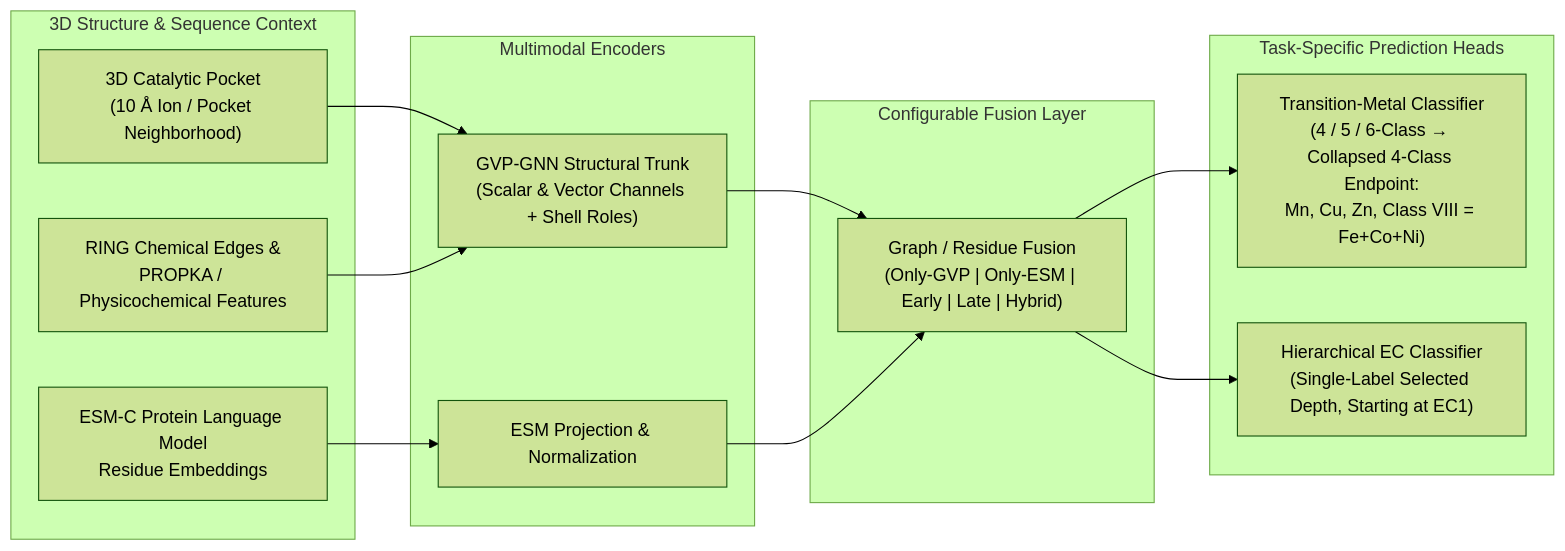
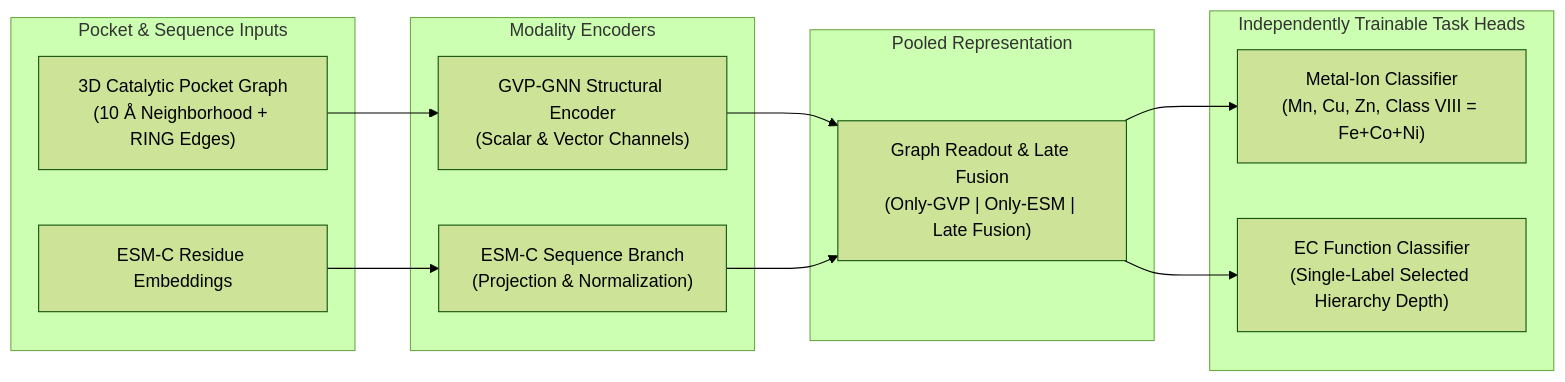
One commit to MECHTI1/DeepMzyme changed the diagram in README.md. Above: the diagram before and after it, drawn with Mermaid (forest theme). The commit also changed other lines of this file and 4 other files, not shown here.

````diff
--- a/README.md
+++ b/README.md
@@ -26,30 +17,28 @@
 ```mermaid
 flowchart LR
-    subgraph Inputs["3D Structure & Sequence Context"]
-        PDB["3D Catalytic Pocket\n(10 Å Ion / Pocket Neighborhood)"]
-        RING["RING Chemical Edges &\nPROPKA / Physicochemical Features"]
-        ESMC["ESM-C Protein Language Model\nResidue Embeddings"]
+    subgraph Inputs["Pocket & Sequence Inputs"]
+        Pocket["3D Catalytic Pocket Graph\n(10 Å Neighborhood + RING Edges)"]
+        Seq["ESM-C Residue Embeddings"]
     end
 
-    subgraph Encoders["Multimodal Encoders"]
-        GVP["GVP-GNN Structural Trunk\n(Scalar & Vector Channels + Shell Roles)"]
-        ESMProj["ESM Projection & Normalization"]
+    subgraph Encoders["Modality Encoders"]
+        GVP["GVP-GNN Structural Encoder\n(Scalar & Vector Channels)"]
+        ESM["ESM-C Sequence Branch\n(Projection & Normalization)"]
     end
 
-    subgraph Fusion["Configurable Fusion Layer"]
-        Fuse["Graph / Residue Fusion\n(Only-GVP | Only-ESM | Early | Late | Hybrid)"]
+    subgraph Readout["Pooled Representation"]
+        Pool["Graph Readout & Late Fusion\n(Only-GVP | Only-ESM | Late Fusion)"]
     end
 
-    subgraph Heads["Task-Specific Prediction Heads"]
-        MetalHead["Transition-Metal Classifier\n(4 / 5 / 6-Class → Collapsed 4-Class Endpoint:\nMn, Cu, Zn, Class VIII = Fe+Co+Ni)"]
-        ECHead["Hierarchical EC Classifier\n(Single-Label Selected Depth, Starting at EC1)"]
+    subgraph Tasks["Independently Trainable Task Heads"]
+        Metal["Metal-Ion Classifier\n(Mn, Cu, Zn, Class VIII = Fe+Co+Ni)"]
+        EC["EC Function Classifier\n(Single-Label Selected Hierarchy Depth)"]
     end
 
-    PDB --> GVP
-    RING --> GVP
-    ESMC --> ESMProj
-    GVP --> Fuse
-    ESMProj --> Fuse
-    Fuse --> MetalHead
-    Fuse --> ECHead
+    Pocket --> GVP
+    Seq --> ESM
+    GVP --> Pool
+    ESM --> Pool
+    Pool --> Metal
+    Pool --> EC
 ```
````
